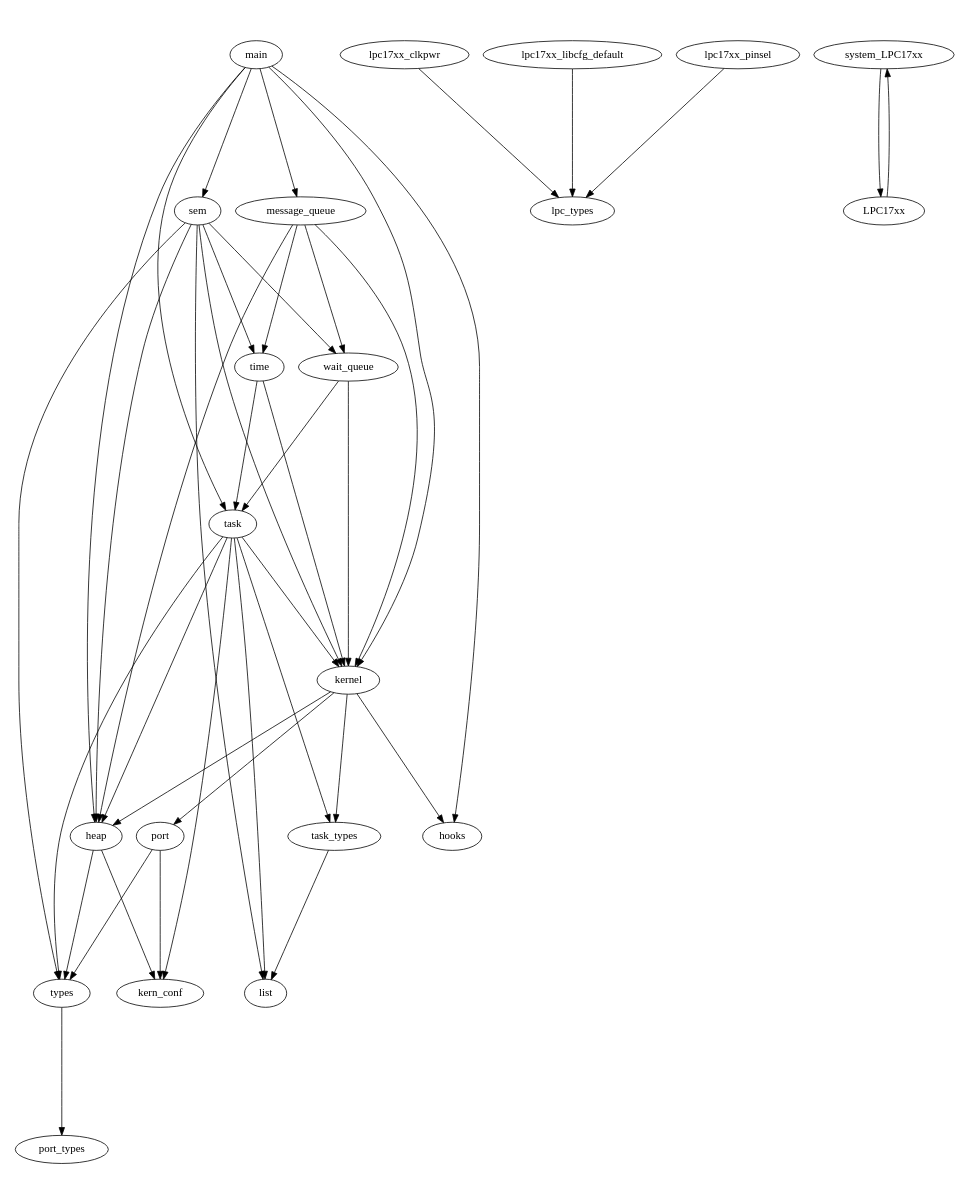
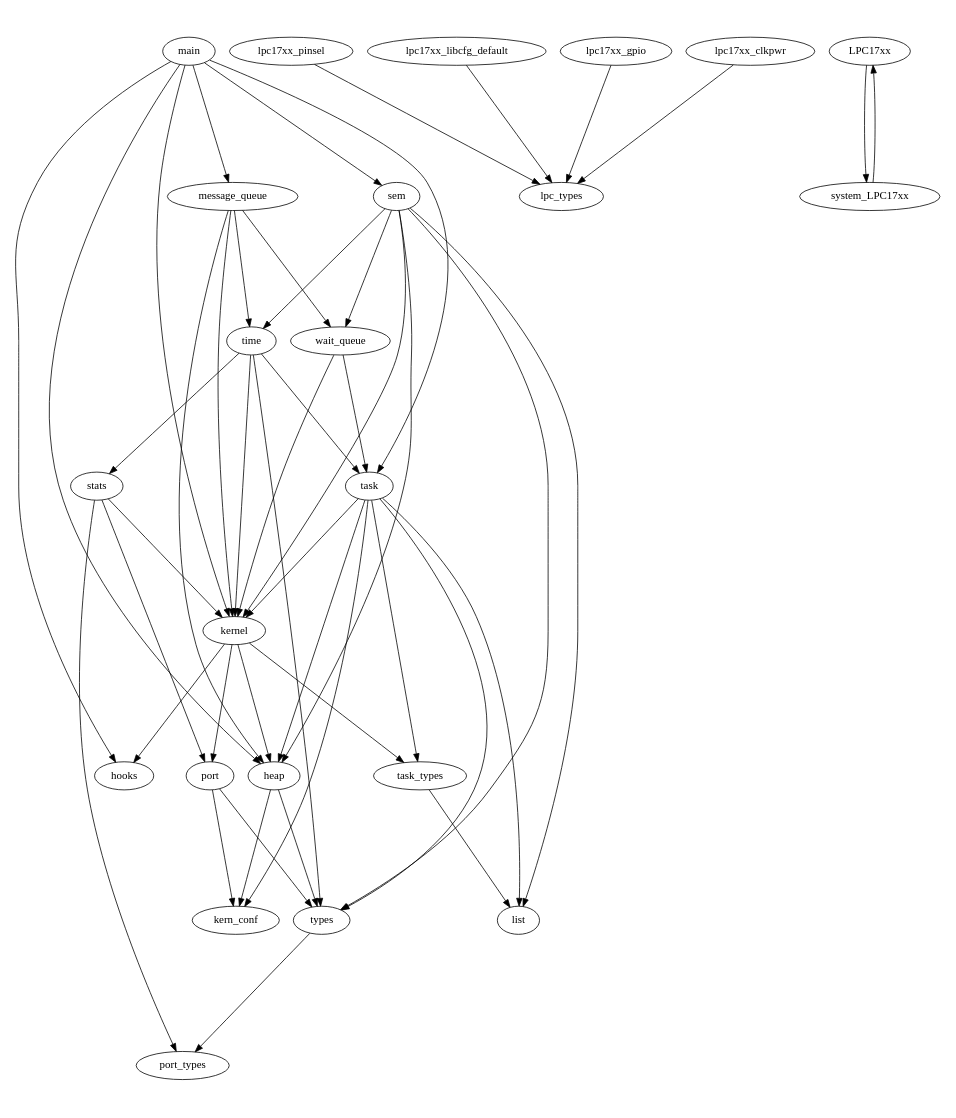
One commit to ichrysou/u-kernel-rtos changed the diagram in trunk/GCC/uKernel/tools/source.dot. Above: the diagram before and after it, drawn with Graphviz. The commit also changed 24 other files, not shown here.

Commit message:
added dotmatgl module for driving 5x7 dot matrix display. added task to handle the display added stats module to keep statistics in the kernel. for now only cpu utilization is kept. For stats module: modifications in OSTick, OSInit and conf

```diff
--- a/trunk/GCC/uKernel/tools/source.dot
+++ b/trunk/GCC/uKernel/tools/source.dot
@@ -1,49 +1,55 @@
 digraph "source tree" {
     overlap=scale;
     size="8,10";
     ratio="fill";
     fontsize="16";
     fontname="Helvetica";
 	clusterrank="local";
-	"heap" -> "types"
+	"kernel" -> "hooks"
+	"lpc17xx_pinsel" -> "lpc_types"
+	"lpc17xx_libcfg_default" -> "lpc_types"
+	"stats" -> "port_types"
+	"main" -> "kernel"
+	"wait_queue" -> "kernel"
+	"message_queue" -> "wait_queue"
+	"kernel" -> "port"
+	"lpc17xx_gpio" -> "lpc_types"
+	"lpc17xx_clkpwr" -> "lpc_types"
+	"kernel" -> "task_types"
+	"sem" -> "list"
+	"time" -> "task"
+	"LPC17xx" -> "system_LPC17xx"
+	"main" -> "task"
+	"main" -> "hooks"
 	"task_types" -> "list"
-	"sem" -> "list"
-	"task" -> "list"
-	"task" -> "kernel"
-	"kernel" -> "port"
-	"task" -> "task_types"
-	"task" -> "kern_conf"
-	"lpc17xx_clkpwr" -> "lpc_types"
-	"sem" -> "kernel"
-	"kernel" -> "hooks"
-	"sem" -> "time"
-	"time" -> "task"
+	"heap" -> "kern_conf"
+	"sem" -> "types"
+	"time" -> "types"
 	"task" -> "heap"
+	"time" -> "kernel"
 	"port" -> "types"
-	"system_LPC17xx" -> "LPC17xx"
-	"heap" -> "kern_conf"
-	"wait_queue" -> "task"
+	"time" -> "stats"
+	"main" -> "message_queue"
+	"sem" -> "wait_queue"
 	"port" -> "kern_conf"
-	"main" -> "hooks"
-	"lpc17xx_libcfg_default" -> "lpc_types"
-	"task" -> "types"
-	"sem" -> "types"
 	"sem" -> "heap"
 	"kernel" -> "heap"
+	"stats" -> "port"
+	"system_LPC17xx" -> "LPC17xx"
+	"sem" -> "kernel"
+	"task" -> "list"
+	"message_queue" -> "kernel"
+	"wait_queue" -> "task"
+	"stats" -> "kernel"
+	"task" -> "kern_conf"
+	"sem" -> "time"
+	"main" -> "sem"
 	"main" -> "heap"
+	"task" -> "task_types"
 	"message_queue" -> "time"
-	"message_queue" -> "kernel"
-	"kernel" -> "task_types"
-	"wait_queue" -> "kernel"
-	"sem" -> "wait_queue"
+	"task" -> "kernel"
+	"heap" -> "types"
+	"task" -> "types"
 	"types" -> "port_types"
 	"message_queue" -> "heap"
-	"message_queue" -> "wait_queue"
-	"main" -> "kernel"
-	"main" -> "task"
-	"time" -> "kernel"
-	"main" -> "message_queue"
-	"LPC17xx" -> "system_LPC17xx"
-	"lpc17xx_pinsel" -> "lpc_types"
-	"main" -> "sem"
 }
```
